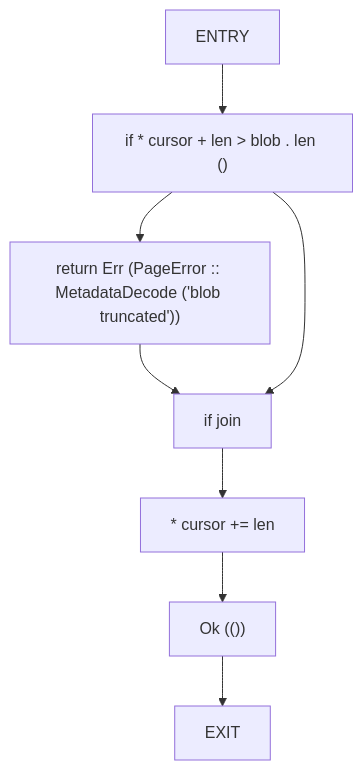
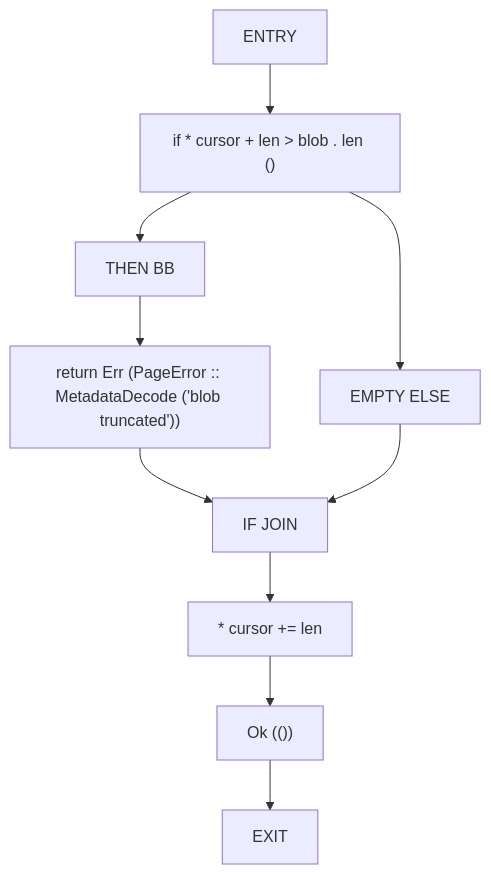
The tenth of 18 diagrams in docs/analysis/cfg/060-src-06_utility.md (cicero-violate/MMSB), drawn with Mermaid before and after one commit. The commit also changed other lines of this file and 865 other files, not shown here.

````diff
--- a/docs/analysis/cfg/060-src-06_utility.md
+++ b/docs/analysis/cfg/060-src-06_utility.md
@@ -245,17 +226,21 @@
 ```mermaid
 flowchart TD
     read_bytes_0["ENTRY"]
     read_bytes_1["if * cursor + len > blob . len ()"]
-    read_bytes_2["return Err (PageError :: MetadataDecode ('blob truncated'))"]
-    read_bytes_3["if join"]
-    read_bytes_4["* cursor += len"]
-    read_bytes_5["Ok (())"]
-    read_bytes_6["EXIT"]
+    read_bytes_2["THEN BB"]
+    read_bytes_3["return Err (PageError :: MetadataDecode ('blob truncated'))"]
+    read_bytes_4["EMPTY ELSE"]
+    read_bytes_5["IF JOIN"]
+    read_bytes_6["* cursor += len"]
+    read_bytes_7["Ok (())"]
+    read_bytes_8["EXIT"]
     read_bytes_0 --> read_bytes_1
     read_bytes_1 --> read_bytes_2
     read_bytes_2 --> read_bytes_3
-    read_bytes_1 --> read_bytes_3
-    read_bytes_3 --> read_bytes_4
+    read_bytes_1 --> read_bytes_4
+    read_bytes_3 --> read_bytes_5
     read_bytes_4 --> read_bytes_5
     read_bytes_5 --> read_bytes_6
+    read_bytes_6 --> read_bytes_7
+    read_bytes_7 --> read_bytes_8
 ```
````
